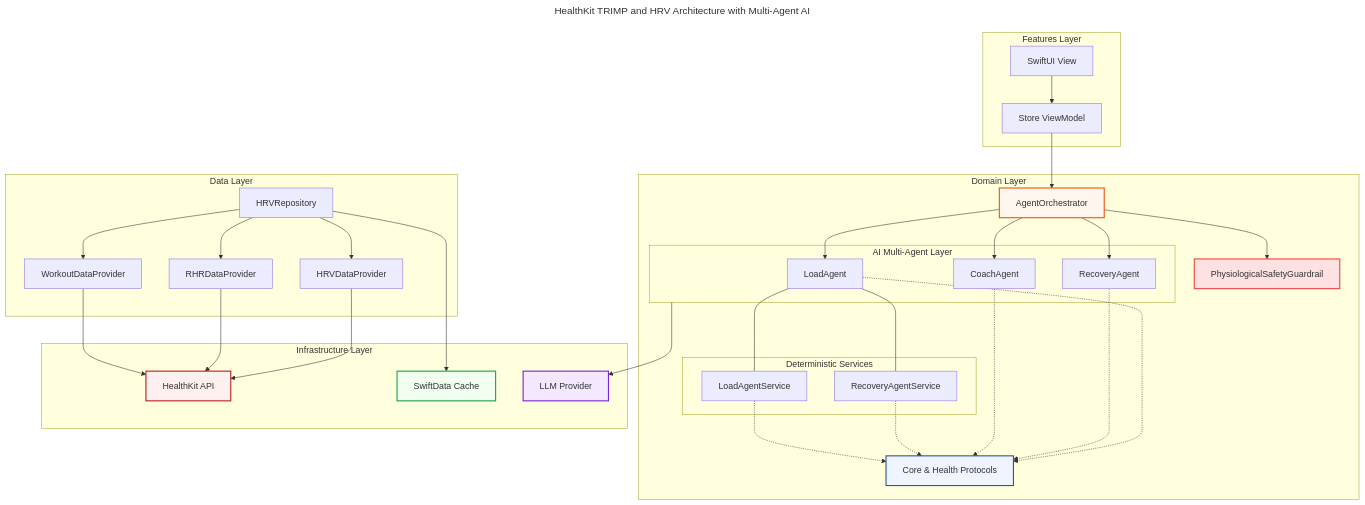
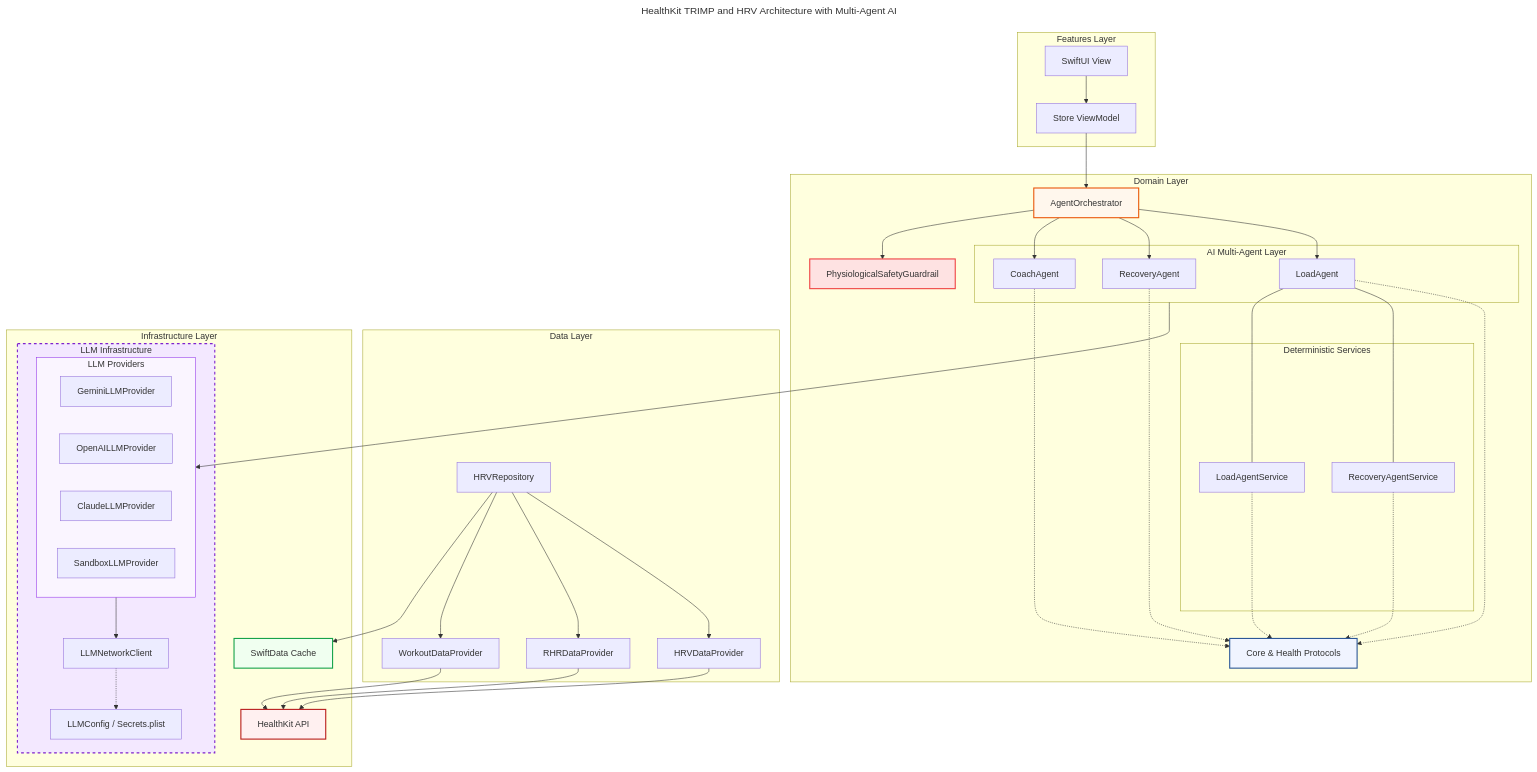
One commit to rhieda/beginner-runner-ai-app changed the diagram in docs/specs/architecture_hk_trimp_hrv.md. Above: the diagram before and after it, drawn with Mermaid. The commit also changed 17 other files, not shown here.

First line of the commit message:
feat: implement real LLM providers (Gemini, OpenAI, Claude) and network infrastructure

````diff
--- a/docs/specs/architecture_hk_trimp_hrv.md
+++ b/docs/specs/architecture_hk_trimp_hrv.md
@@ -37,7 +37,18 @@
     subgraph Infrastructure [Infrastructure Layer]
         HealthKit[HealthKit API]
         SwiftData[SwiftData Cache]
-        LLM[LLM Provider]
+        
+        subgraph LLMInfrastructure [LLM Infrastructure]
+            LLMClient[LLMNetworkClient]
+            LLMConfig[LLMConfig / Secrets.plist]
+            
+            subgraph LLMProviders [LLM Providers]
+                Gemini[GeminiLLMProvider]
+                OpenAI[OpenAILLMProvider]
+                Claude[ClaudeLLMProvider]
+                Mock[SandboxLLMProvider]
+            end
+        end
     end
 
     %% Data Flow & Dependencies
@@ -55,8 +66,10 @@
     AILoad --- RecoveryService
     AILoad --- LoadService
     
-    AIAgents --> LLM
-    
+    AIAgents --> LLMProviders
+    LLMProviders --> LLMClient
+    LLMClient -.-> LLMConfig
+
     RecoveryService -.-> Interfaces
     LoadService -.-> Interfaces
     
@@ -73,7 +86,8 @@
     style Interfaces fill:#f0f4ff,stroke:#2b5797,stroke-width:2px
     style HealthKit fill:#fff0f0,stroke:#b91d1d,stroke-width:2px
     style SwiftData fill:#f0fff0,stroke:#16a34a,stroke-width:2px
-    style LLM fill:#f3e8ff,stroke:#7e22ce,stroke-width:2px
+    style LLMInfrastructure fill:#f3e8ff,stroke:#7e22ce,stroke-width:2px,stroke-dasharray: 5 5
     style Safety fill:#fee2e2,stroke:#ef4444,stroke-width:2px
     style Orchestrator fill:#fff7ed,stroke:#ea580c,stroke-width:2px
+    style LLMProviders fill:#faf5ff,stroke:#9333ea,stroke-width:1px
 ```
````
